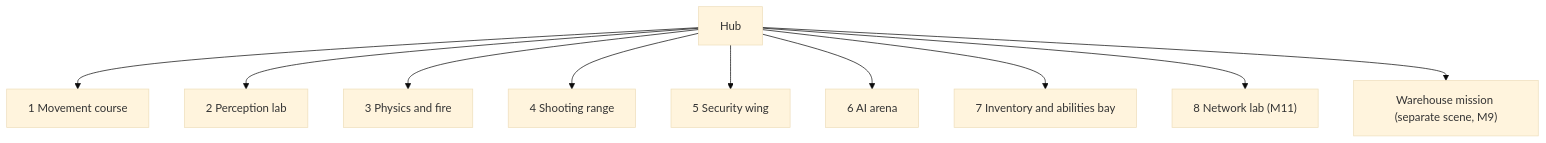
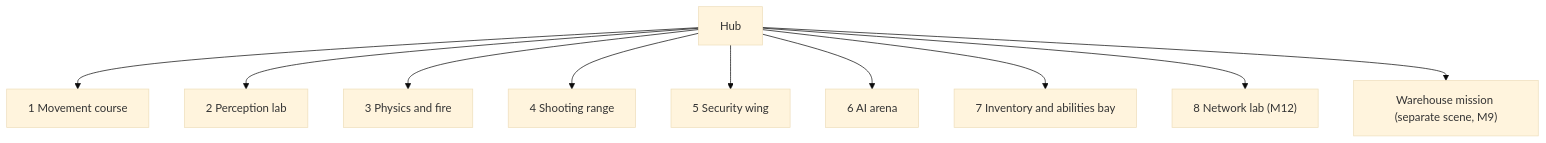
The diagram in design/levels/hub-and-gallery.md (matts2cant/im-sim-proto), drawn with Mermaid (base theme) before and after one commit. The commit also changed other lines of this file and 26 other files, not shown here.

Commit message:
Roadmap: M11 Tab interface, M12 network hacking (renumbered from M11), M13-M20 from weapon feel to the open map

````diff
--- a/design/levels/hub-and-gallery.md
+++ b/design/levels/hub-and-gallery.md
@@ -9,12 +9,12 @@
 ```mermaid
 graph TD
     H["Hub"] --> R1["1 Movement course"]
     H --> R2["2 Perception lab"]
     H --> R3["3 Physics and fire"]
     H --> R4["4 Shooting range"]
     H --> R5["5 Security wing"]
     H --> R6["6 AI arena"]
     H --> R7["7 Inventory and abilities bay"]
-    H --> R8["8 Network lab (M11)"]
+    H --> R8["8 Network lab (M12)"]
     H --> M["Warehouse mission (separate scene, M9)"]
 ```
````
